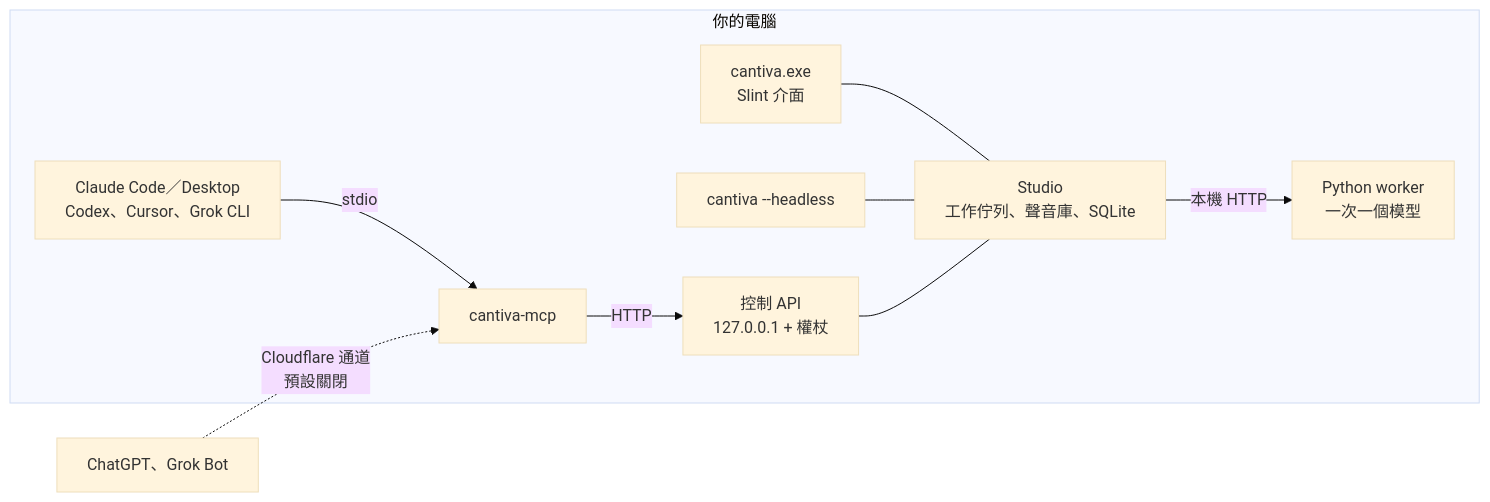
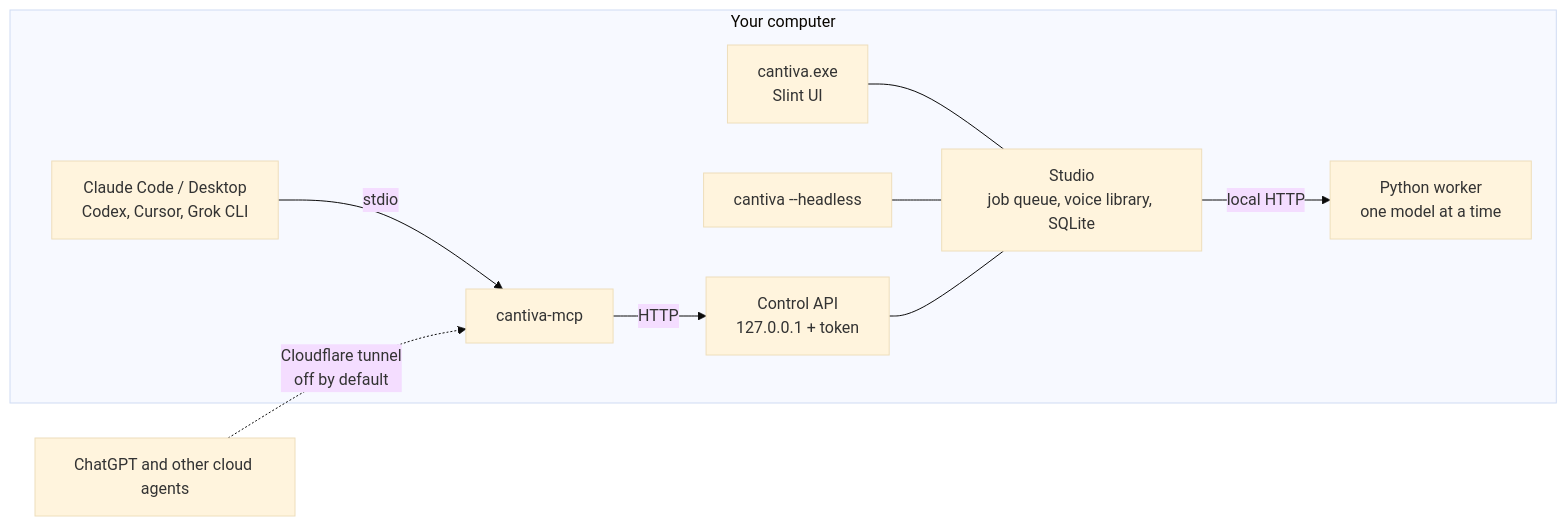
Before and after one commit to naritaroad/cantiva: the diagram in README.md, drawn with Mermaid (base theme). The commit also changed other lines of this file and 24 other files, not shown here.

````diff
--- a/README.md
+++ b/README.md
@@ -53,12 +55,12 @@
 ```mermaid
 flowchart LR
-  subgraph PC[你的電腦]
-    GUI[cantiva.exe<br>Slint 介面] --- Studio
+  subgraph PC[Your computer]
+    GUI[cantiva.exe<br>Slint UI] --- Studio
     Headless[cantiva --headless] --- Studio
-    Studio[Studio<br>工作佇列、聲音庫、SQLite] -->|本機 HTTP| W[Python worker<br>一次一個模型]
-    API[控制 API<br>127.0.0.1 + 權杖] --- Studio
+    Studio[Studio<br>job queue, voice library, SQLite] -->|local HTTP| W[Python worker<br>one model at a time]
+    API[Control API<br>127.0.0.1 + token] --- Studio
     MCP[cantiva-mcp] -->|HTTP| API
-    Agents[Claude Code／Desktop<br>Codex、Cursor、Grok CLI] -->|stdio| MCP
+    Agents[Claude Code / Desktop<br>Codex, Cursor, Grok CLI] -->|stdio| MCP
   end
-  Cloud[ChatGPT、Grok Bot] -.->|Cloudflare 通道<br>預設關閉| MCP
+  Cloud[ChatGPT and other cloud agents] -.->|Cloudflare tunnel<br>off by default| MCP
 ```
````
